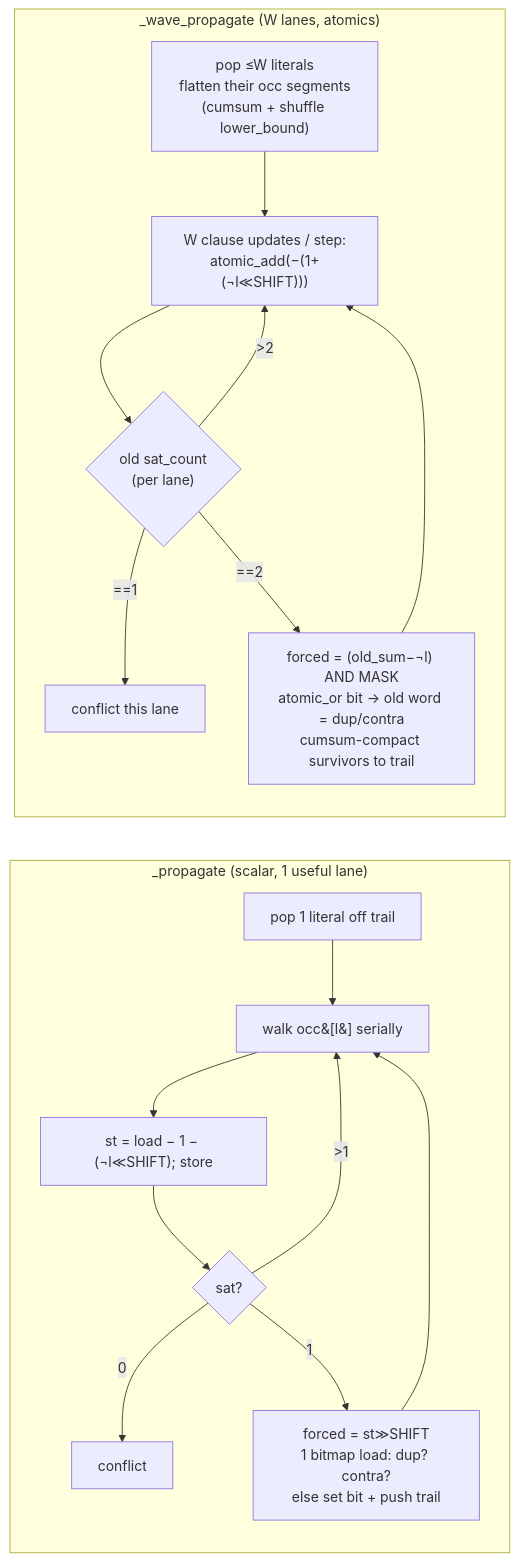
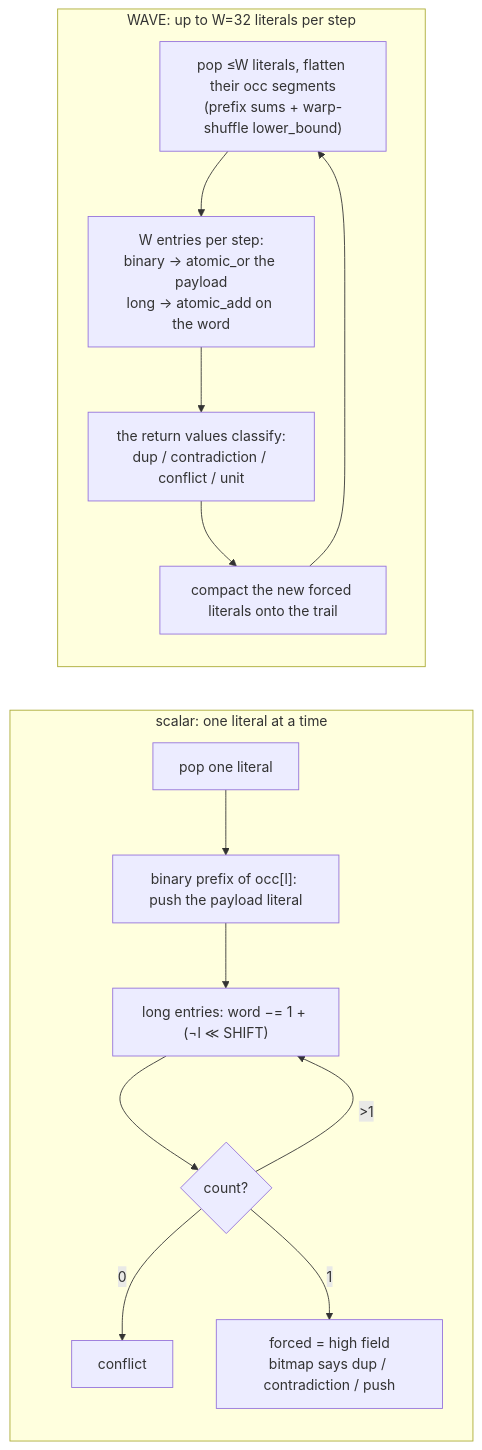
Before and after one commit to yogevshalmon/gpap: the second of 3 diagrams in docs/ENGINE.md, drawn with Mermaid. The commit also changed other lines of this file and 18 other files, not shown here.

````diff
--- a/docs/ENGINE.md
+++ b/docs/ENGINE.md
@@ -116,22 +121,19 @@
 ```mermaid
 flowchart LR
-    subgraph SCALAR["_propagate  (scalar, 1 useful lane)"]
+    subgraph SCALAR["scalar: one literal at a time"]
       direction TB
-      S1[pop 1 literal off trail] --> S2["walk occ&#91;l&#93; serially"]
-      S2 --> S3["st = load − 1 − (¬l≪SHIFT); store"]
-      S3 --> S4{sat?}
-      S4 -->|0| SC[conflict]
-      S4 -->|1| S5["forced = st≫SHIFT<br/>1 bitmap load: dup? contra?<br/>else set bit + push trail"]
-      S4 -->|">1"| S2
-      S5 --> S2
+      S1["pop one literal"] --> S2["binary prefix of occ[l]: push the payload literal"]
+      S2 --> S3["long entries: word −= 1 + (¬l ≪ SHIFT)"]
+      S3 --> S4{"count?"}
+      S4 -->|0| SC["conflict"]
+      S4 -->|1| S5["forced = high field<br/>bitmap says dup / contradiction / push"]
+      S4 -->|">1"| S3
     end
-    subgraph WAVE["_wave_propagate  (W lanes, atomics)"]
+    subgraph WAVE["WAVE: up to W=32 literals per step"]
       direction TB
-      W1["pop ≤W literals<br/>flatten their occ segments<br/>(cumsum + shuffle lower_bound)"] --> W2["W clause updates / step:<br/>atomic_add(−(1+(¬l≪SHIFT)))"]
-      W2 --> W3{"old sat_count<br/>(per lane)"}
-      W3 -->|==1| WC[conflict this lane]
-      W3 -->|==2| W4["forced = (old_sum−¬l) AND MASK<br/>atomic_or bit → old word = dup/contra<br/>cumsum-compact survivors to trail"]
-      W3 -->|">2"| W2
-      W4 --> W2
+      W1["pop ≤W literals, flatten their occ segments<br/>(prefix sums + warp-shuffle lower_bound)"] --> W2["W entries per step:<br/>binary → atomic_or the payload<br/>long → atomic_add on the word"]
+      W2 --> W3["the return values classify:<br/>dup / contradiction / conflict / unit"]
+      W3 --> W4["compact the new forced literals onto the trail"]
+      W4 --> W1
     end
 ```
````
